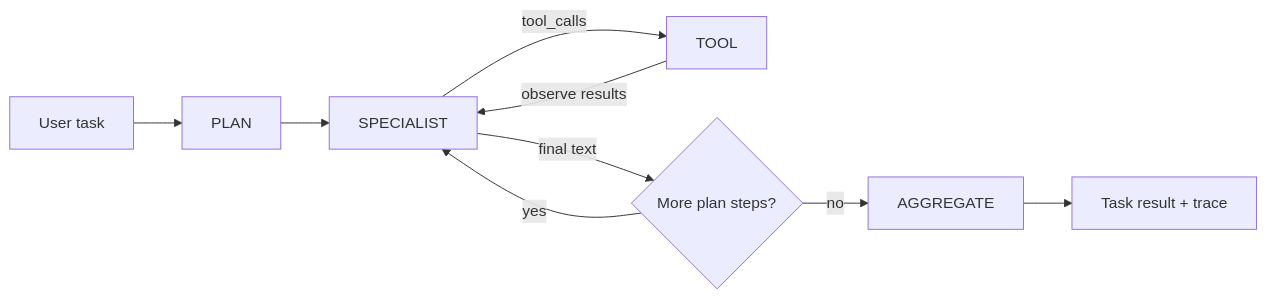
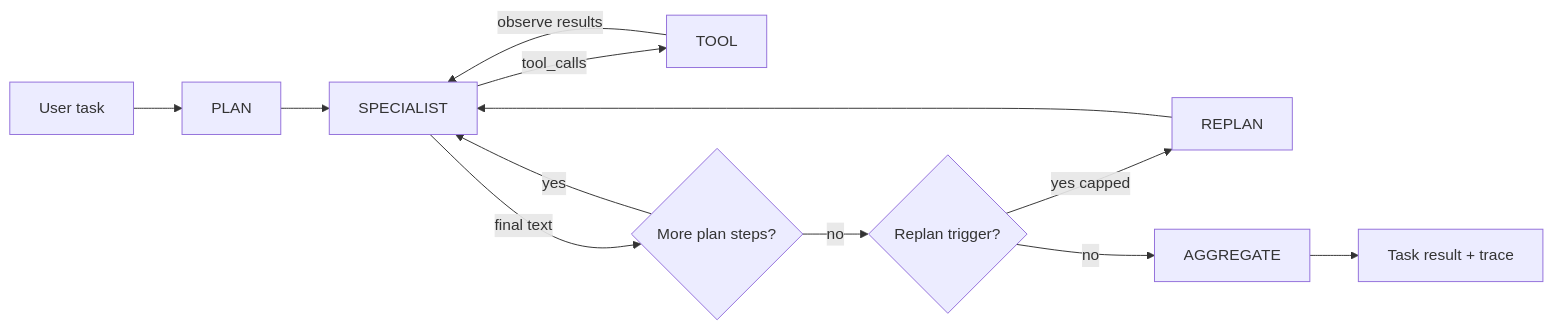
Before and after one commit to jahonn/ProAgent-OS: the first of 5 diagrams in docs/ARCHITECTURE.md, drawn with Mermaid. The commit also changed other lines of this file and 11 other files, not shown here.

First line of the commit message:
feat(harness): plan-and-replan outer loop stub (#32)

````diff
--- a/docs/ARCHITECTURE.md
+++ b/docs/ARCHITECTURE.md
@@ -13,11 +13,14 @@
 ```mermaid
 flowchart LR
   input[User task] --> plan[PLAN]
   plan --> specialist[SPECIALIST]
   specialist -->|tool_calls| tool[TOOL]
   tool -->|observe results| specialist
   specialist -->|final text| more{More plan steps?}
   more -->|yes| specialist
-  more -->|no| agg[AGGREGATE]
+  more -->|no| replan{Replan trigger?}
+  replan -->|yes capped| plan2[REPLAN]
+  plan2 --> specialist
+  replan -->|no| agg[AGGREGATE]
   agg --> out[Task result + trace]
 ```
````
